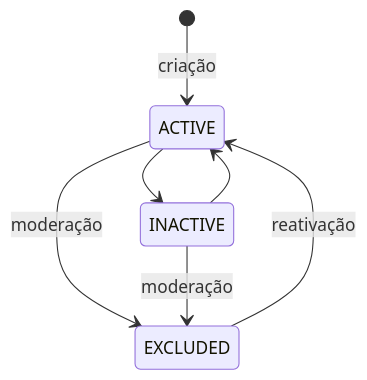
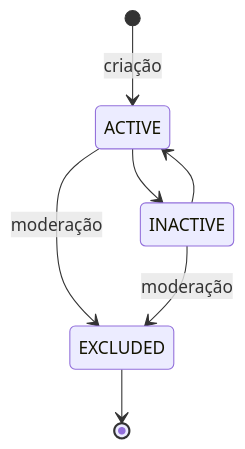
Before and after one commit to thaissacarvalho/Catalisa: the eighth of 12 diagrams in docs/designs/architecture.md, drawn with Mermaid. The commit also changed other lines of this file and 18 other files, not shown here.

````diff
--- a/docs/designs/architecture.md
+++ b/docs/designs/architecture.md
@@ -331,9 +331,9 @@
 ```mermaid
 stateDiagram-v2
     [*] --> ACTIVE: criação
     ACTIVE --> INACTIVE
     INACTIVE --> ACTIVE
     ACTIVE --> EXCLUDED: moderação
     INACTIVE --> EXCLUDED: moderação
-    EXCLUDED --> ACTIVE: reativação
+    EXCLUDED --> [*]
 ```
````
